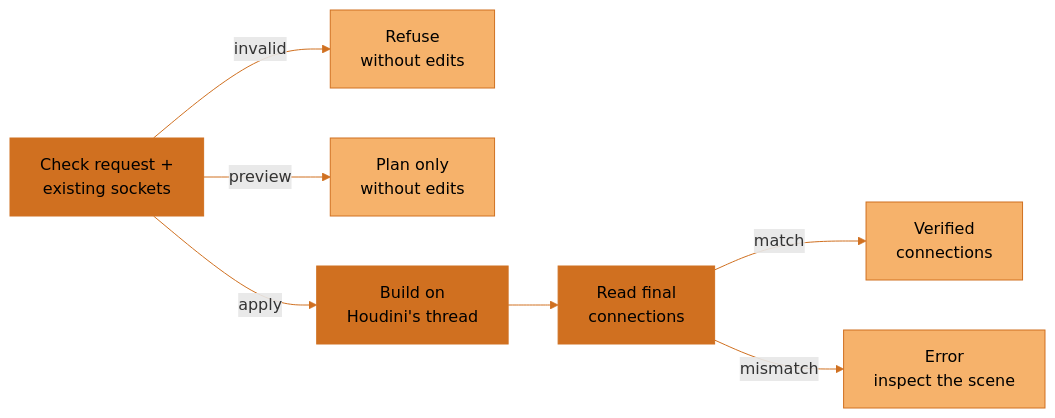
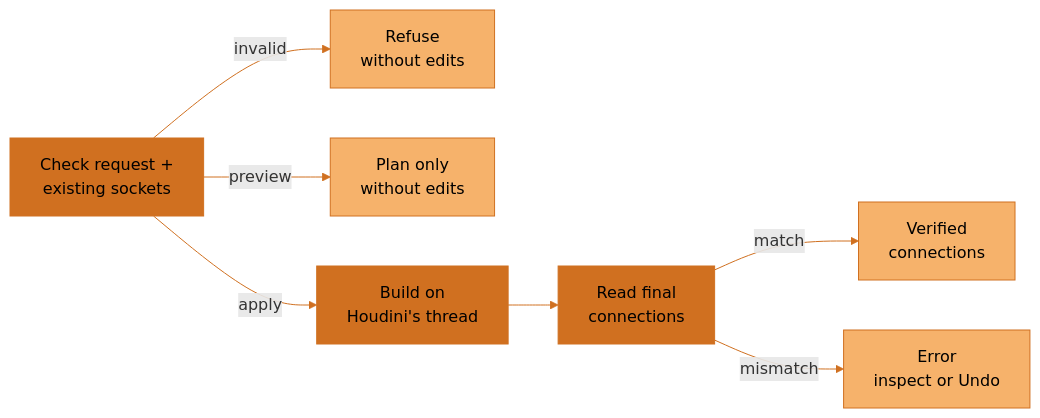
Before and after one commit to JosephOIbrahim/Synapse: the second of 4 diagrams in README.md, drawn with Mermaid. The commit also changed other lines of this file and 38 other files, not shown here.

Commit message:
docs(release): qualify v5.97.2 production bridge and artist undo

````diff
--- a/README.md
+++ b/README.md
@@ -69,17 +69,17 @@
 ```mermaid
 flowchart LR
     accTitle: A Solaris graph request is checked before it changes the scene
-    accDescr: Check the request and existing sockets. An invalid request is refused without an edit. Preview returns a plan without an edit. Apply builds on Houdini's thread and reads the final connections. A mismatch reports an error; a match returns verified connections.
+    accDescr: Check the request and existing sockets. An invalid request is refused without an edit. Preview returns a plan without an edit. Apply builds on Houdini's thread and reads the final connections. A mismatch reports an error, leaving partial work for the artist to inspect or undo; a match returns verified connections.
     C["Check request +<br/>existing sockets"] -->|"invalid"| N["Refuse<br/>without edits"]
     C -->|"preview"| P["Plan only<br/>without edits"]
     C -->|"apply"| A["Build on<br/>Houdini's thread"]
     A --> F["Read final<br/>connections"]
     F -->|"match"| V["Verified<br/>connections"]
-    F -->|"mismatch"| E["Error<br/>inspect the scene"]
+    F -->|"mismatch"| E["Error<br/>inspect or Undo"]
     classDef default fill:#F6B26B,stroke:#D07020,color:#000000
     classDef artist fill:#F6B26B,stroke:#D07020,color:#000000
     classDef synapse fill:#D07020,stroke:#D07020,color:#000000
     class C,A,F synapse
     class N,P,V,E artist
     linkStyle default stroke:#D07020
 ```
````
